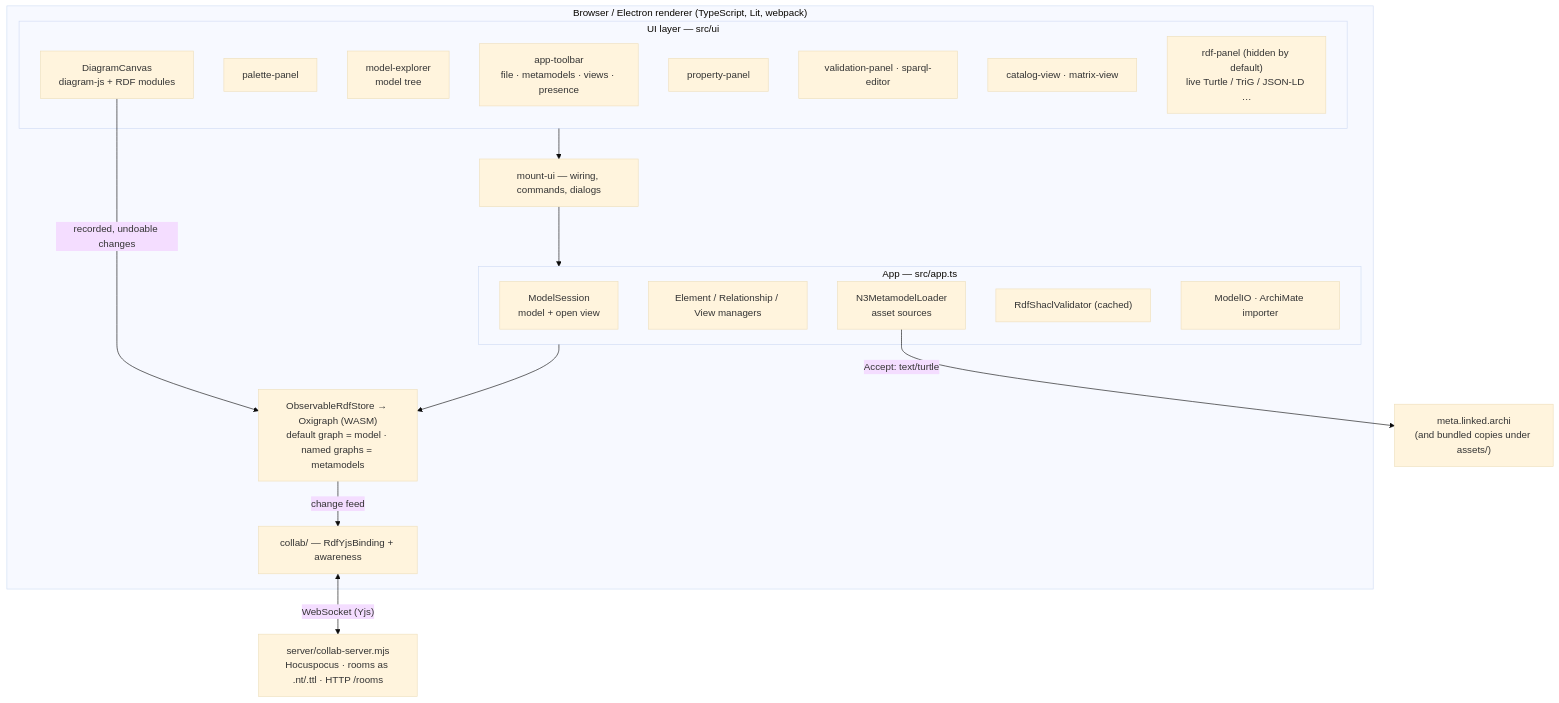
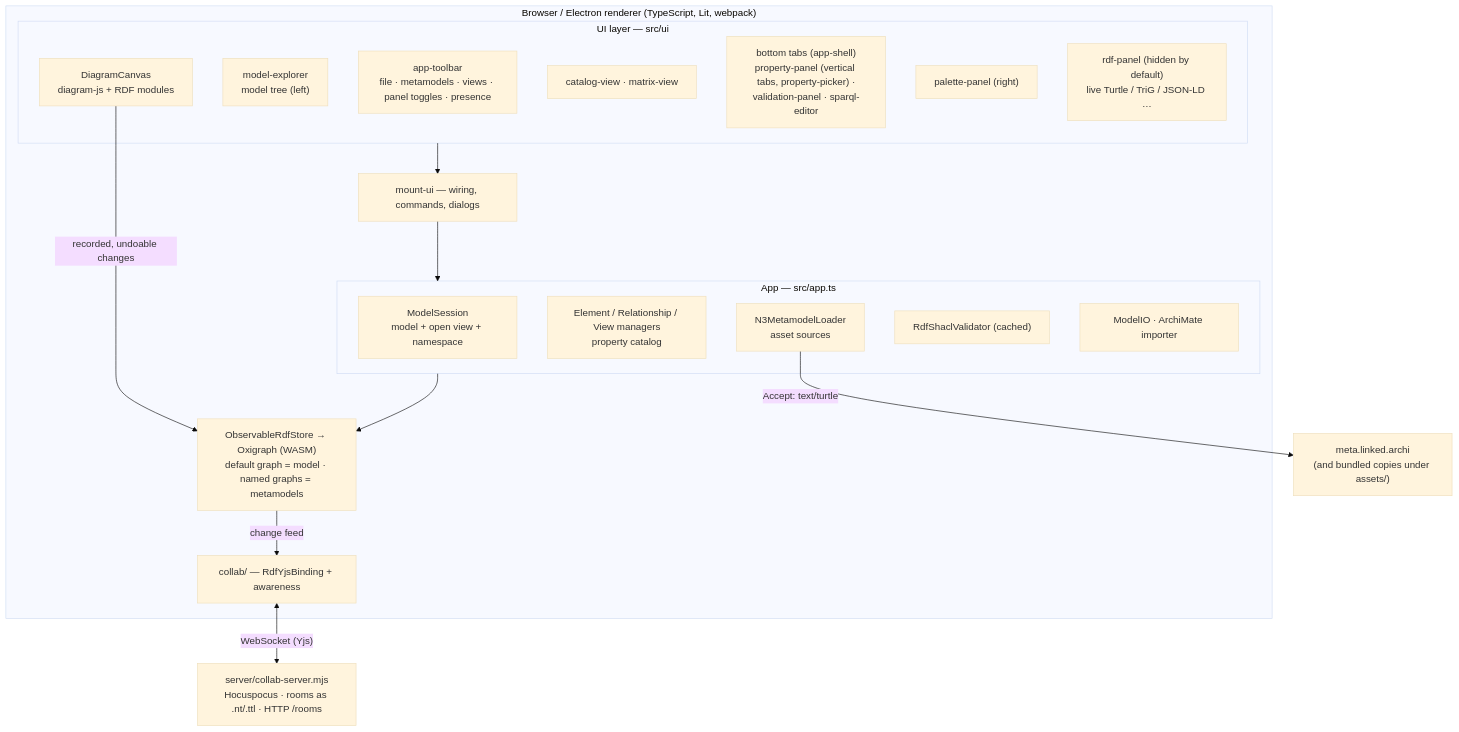
The first of 2 diagrams in .kiro/specs/la-gram/design.md (linked-archi/la-gram), drawn with Mermaid (base theme) before and after one commit. The commit also changed other lines of this file and 21 other files, not shown here.

````diff
--- a/.kiro/specs/la-gram/design.md
+++ b/.kiro/specs/la-gram/design.md
@@ -19,33 +19,32 @@
 ```mermaid
 graph TB
     subgraph Browser["Browser / Electron renderer (TypeScript, Lit, webpack)"]
         subgraph UI["UI layer — src/ui"]
-            Toolbar["app-toolbar<br/>file · metamodels · views · presence"]
-            Palette["palette-panel"]
-            Tree["model-explorer<br/>model tree"]
+            Toolbar["app-toolbar<br/>file · metamodels · views · panel toggles · presence"]
+            Tree["model-explorer<br/>model tree (left)"]
             Canvas["DiagramCanvas<br/>diagram-js + RDF modules"]
-            Props["property-panel"]
-            Bottom["validation-panel · sparql-editor"]
             Alt["catalog-view · matrix-view"]
+            Bottom["bottom tabs (app-shell)<br/>property-panel (vertical tabs, property-picker) ·<br/>validation-panel · sparql-editor"]
+            Palette["palette-panel (right)"]
             Rdf["rdf-panel (hidden by default)<br/>live Turtle / TriG / JSON-LD …"]
         end
         Mount["mount-ui — wiring, commands, dialogs"]
         subgraph Core["App — src/app.ts"]
-            Session["ModelSession<br/>model + open view"]
-            Managers["Element / Relationship / View managers"]
+            Session["ModelSession<br/>model + open view + namespace"]
+            Managers["Element / Relationship / View managers<br/>property catalog"]
             MM["N3MetamodelLoader<br/>asset sources"]
             Val["RdfShaclValidator (cached)"]
             IO["ModelIO · ArchiMate importer"]
         end
         Store["ObservableRdfStore → Oxigraph (WASM)<br/>default graph = model · named graphs = metamodels"]
         Collab["collab/ — RdfYjsBinding + awareness"]
     end
     Server["server/collab-server.mjs<br/>Hocuspocus · rooms as .nt/.ttl · HTTP /rooms"]
     Meta["meta.linked.archi<br/>(and bundled copies under assets/)"]
 
     UI --> Mount --> Core --> Store
     Canvas -- "recorded, undoable changes" --> Store
     Store -- "change feed" --> Collab
     Collab <-- "WebSocket (Yjs)" --> Server
     MM -- "Accept: text/turtle" --> Meta
 ```
````
